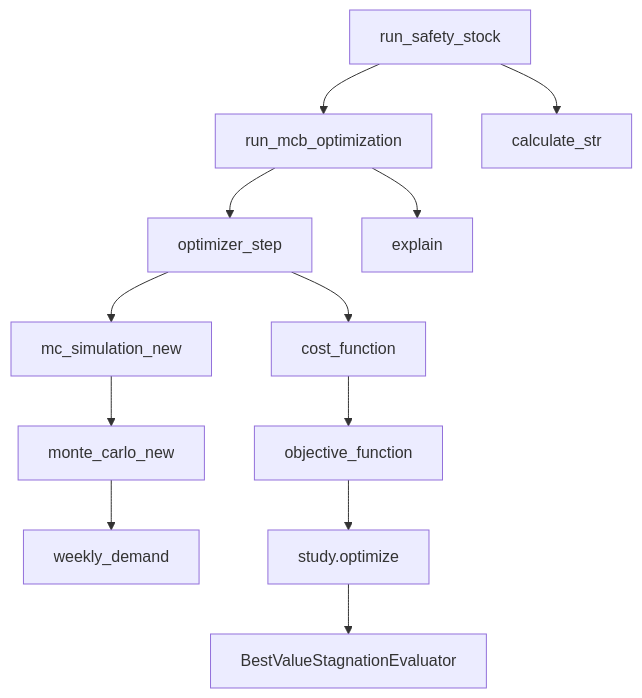
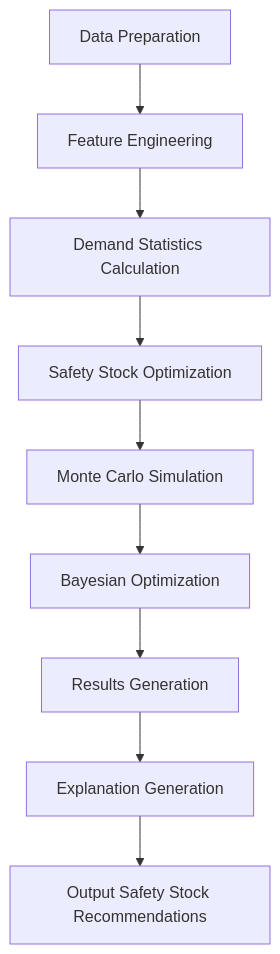
The diagram in ml-flow-mermaid.mermaid (Rajesh4AI/mermaidtest), drawn with Mermaid before and after one commit.

```diff
--- a/ml-flow-mermaid.mermaid
+++ b/ml-flow-mermaid.mermaid
@@ -1,12 +1,9 @@
 graph TD
-    A[run_safety_stock] --> B[run_mcb_optimization]
-    B --> C[optimizer_step]
-    C --> D[mc_simulation_new]
-    D --> E[monte_carlo_new]
-    E --> F[weekly_demand]
-    C --> G[cost_function]
-    G --> H[objective_function]
-    H --> I[study.optimize]
-    I --> J[BestValueStagnationEvaluator]
-    B --> K[explain]
-    A --> L[calculate_str]
+    A[Data Preparation] --> B[Feature Engineering]
+    B --> C[Demand Statistics Calculation]
+    C --> D[Safety Stock Optimization]
+    D --> E[Monte Carlo Simulation]
+    E --> F[Bayesian Optimization]
+    F --> G[Results Generation]
+    G --> H[Explanation Generation]
+    H --> I[Output Safety Stock Recommendations]
```
